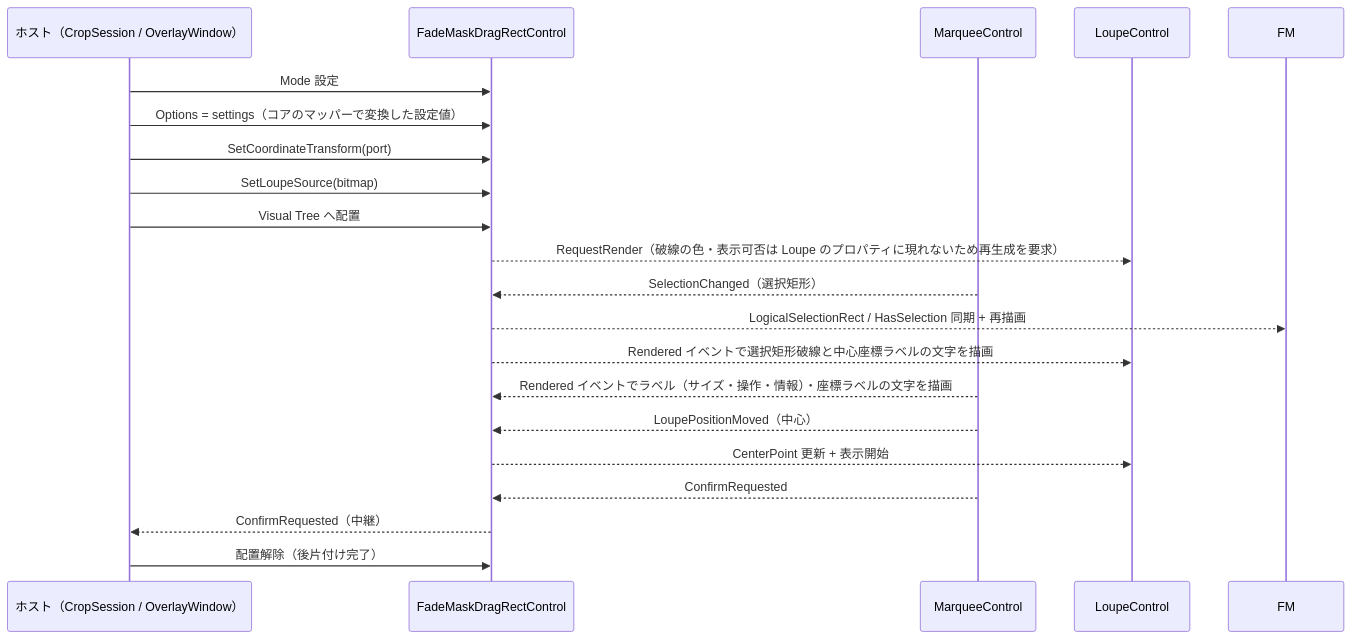
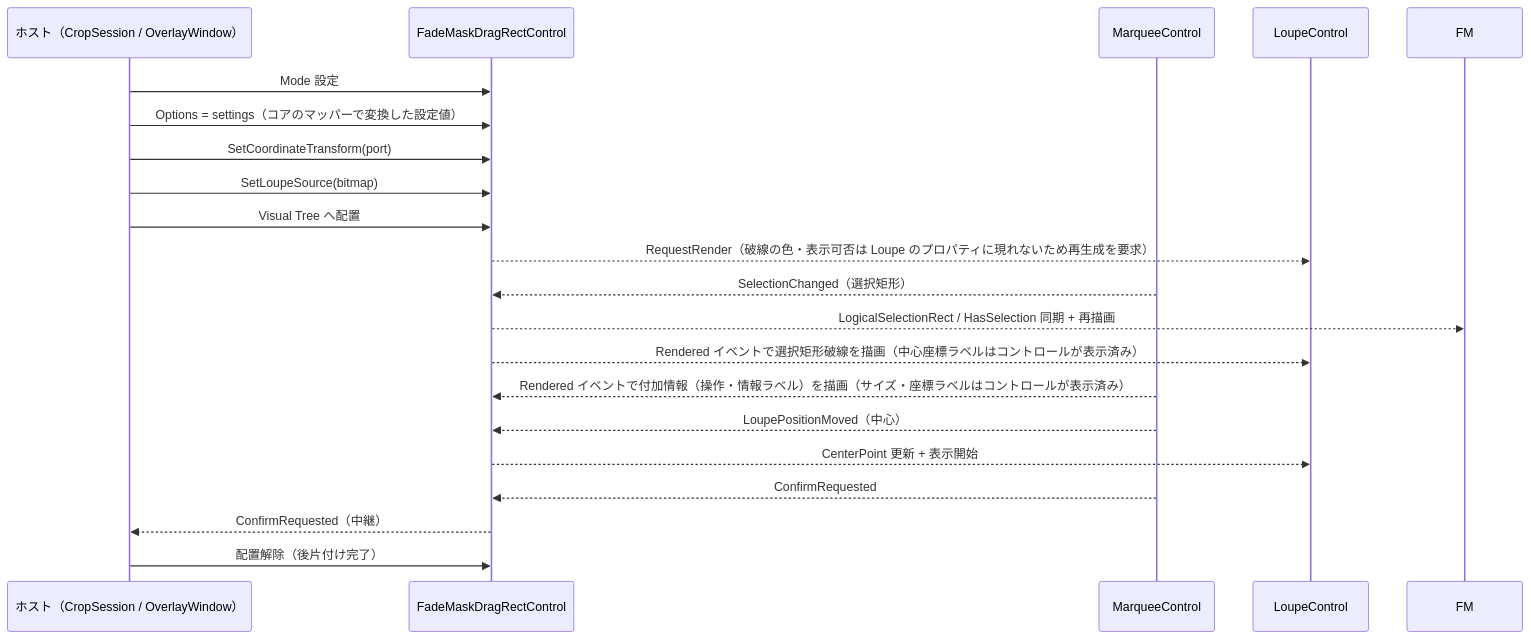
Before and after one commit to tomokuni/SaveEvidence: the second of 2 diagrams in src/FadeMaskDragRectControl.AvaloniaUI/SPEC_System.md, drawn with Mermaid. The commit also changed other lines of this file and 89 other files, not shown here.

````diff
--- a/src/FadeMaskDragRectControl.AvaloniaUI/SPEC_System.md
+++ b/src/FadeMaskDragRectControl.AvaloniaUI/SPEC_System.md
@@ -174,24 +174,24 @@
 ```mermaid
 sequenceDiagram
     participant H as ホスト（CropSession / OverlayWindow）
     participant C as FadeMaskDragRectControl
     participant DR as MarqueeControl
     
     participant LC as LoupeControl
 
     H->>C: Mode 設定
     H->>C: Options = settings（コアのマッパーで変換した設定値）
     H->>C: SetCoordinateTransform(port)
     H->>C: SetLoupeSource(bitmap)
     H->>C: Visual Tree へ配置
     C-->>LC: RequestRender（破線の色・表示可否は Loupe のプロパティに現れないため再生成を要求）
     DR-->>C: SelectionChanged（選択矩形）
     C-->>FM: LogicalSelectionRect / HasSelection 同期 + 再描画
-    C-->>LC: Rendered イベントで選択矩形破線と中心座標ラベルの文字を描画
-    DR-->>C: Rendered イベントでラベル（サイズ・操作・情報）・座標ラベルの文字を描画
+    C-->>LC: Rendered イベントで選択矩形破線を描画（中心座標ラベルはコントロールが表示済み）
+    DR-->>C: Rendered イベントで付加情報（操作・情報ラベル）を描画（サイズ・座標ラベルはコントロールが表示済み）
     DR-->>C: LoupePositionMoved（中心）
     C-->>LC: CenterPoint 更新 + 表示開始
     DR-->>C: ConfirmRequested
     C-->>H: ConfirmRequested（中継）
     H->>C: 配置解除（後片付け完了）
 ```
````
